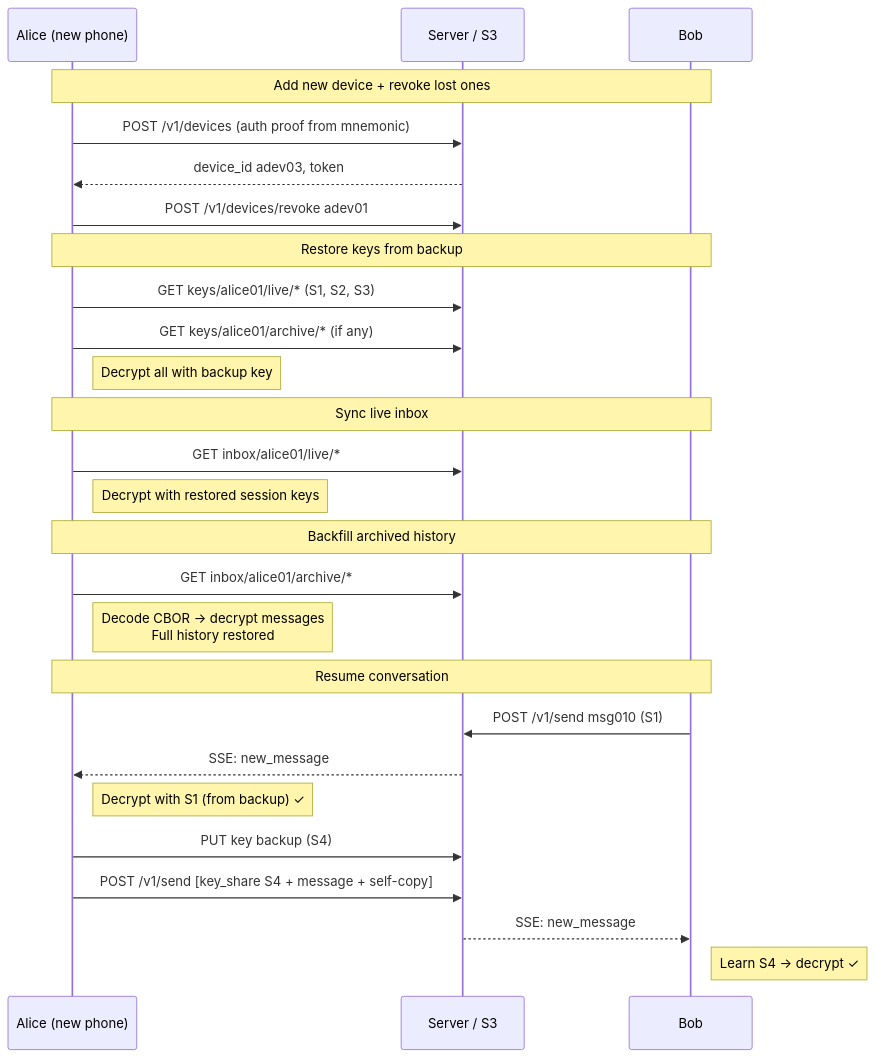
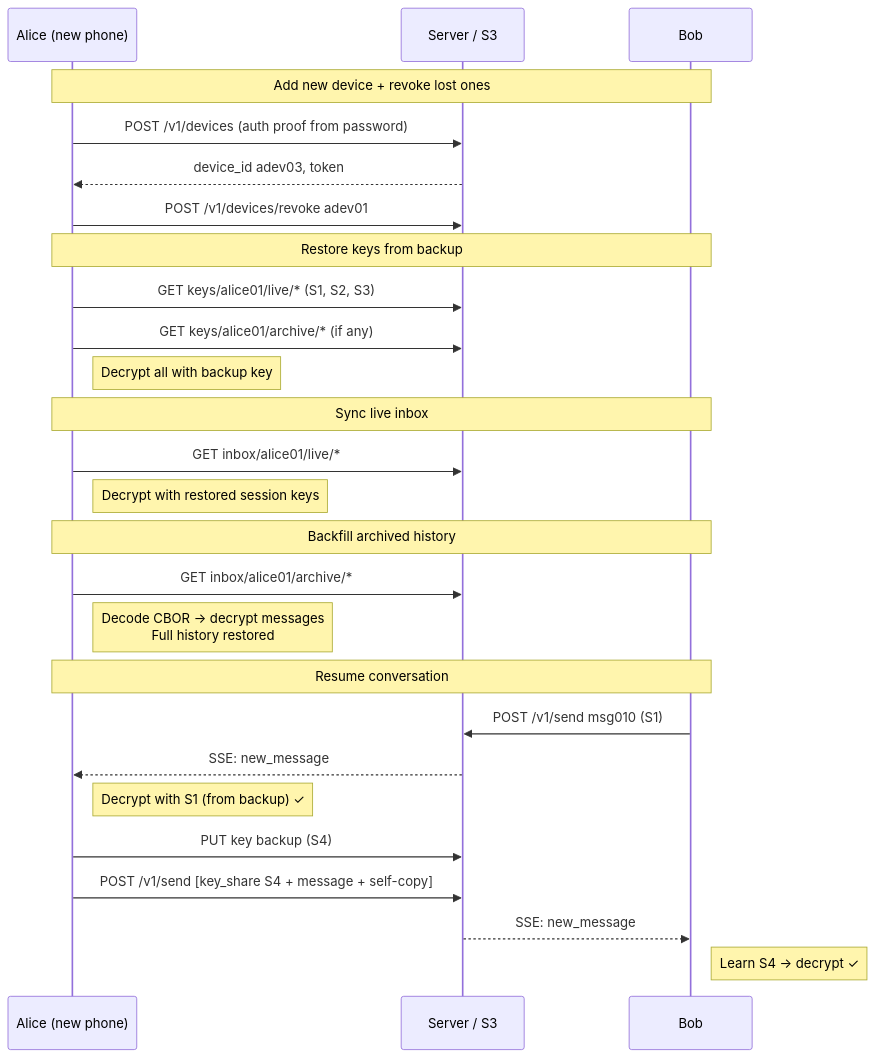
The diagram in docs/scenarios/account-recovery.md (atmin/atmin.net), drawn with Mermaid before and after one commit. The commit also changed other lines of this file and 40 other files, not shown here.

````diff
--- a/docs/scenarios/account-recovery.md
+++ b/docs/scenarios/account-recovery.md
@@ -12,34 +12,34 @@
 ```mermaid
 sequenceDiagram
     participant N as Alice (new phone)
     participant S as Server / S3
     participant B as Bob
 
     note over N,B: Add new device + revoke lost ones
-    N->>S: POST /v1/devices (auth proof from mnemonic)
+    N->>S: POST /v1/devices (auth proof from password)
     S-->>N: device_id adev03, token
     N->>S: POST /v1/devices/revoke adev01
 
     note over N,B: Restore keys from backup
     N->>S: GET keys/alice01/live/* (S1, S2, S3)
     N->>S: GET keys/alice01/archive/* (if any)
     note right of N: Decrypt all with backup key
 
     note over N,B: Sync live inbox
     N->>S: GET inbox/alice01/live/*
     note right of N: Decrypt with restored session keys
 
     note over N,B: Backfill archived history
     N->>S: GET inbox/alice01/archive/*
     note right of N: Decode CBOR → decrypt messages<br/>Full history restored
 
     note over N,B: Resume conversation
     B->>S: POST /v1/send msg010 (S1)
     S-->>N: SSE: new_message
     note right of N: Decrypt with S1 (from backup) ✓
 
     N->>S: PUT key backup (S4)
     N->>S: POST /v1/send [key_share S4 + message + self-copy]
     S-->>B: SSE: new_message
     note right of B: Learn S4 → decrypt ✓
 ```
````
